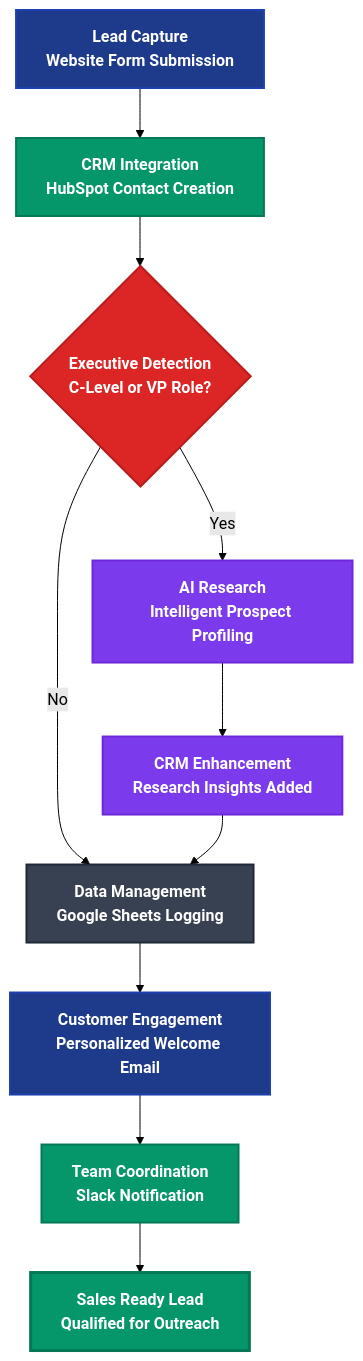
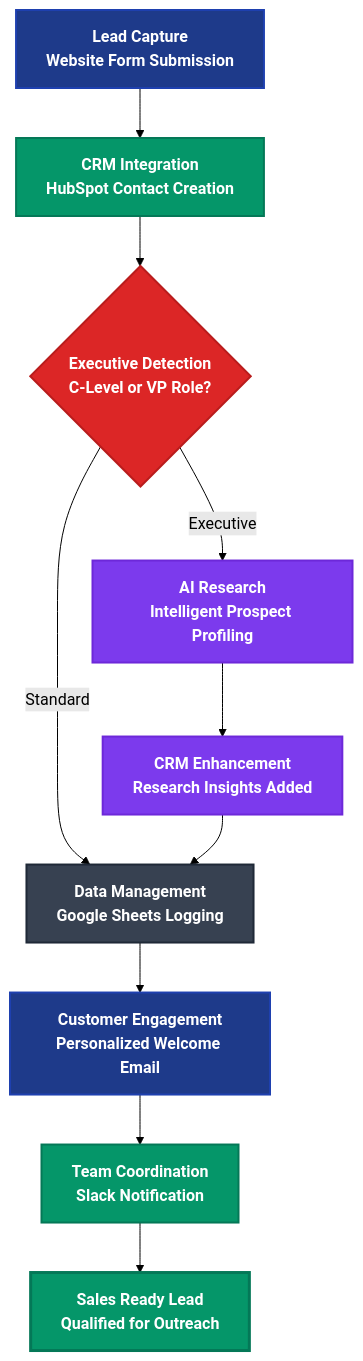
Before and after one commit to aloma-io/aloma-io: the diagram in docs/admin/vivian.md, drawn with Mermaid (forest theme).

````diff
--- a/docs/admin/vivian.md
+++ b/docs/admin/vivian.md
@@ -7,31 +7,31 @@
 ```mermaid
 flowchart TD
     A[Lead Capture<br/>Website Form Submission] --> B[CRM Integration<br/>HubSpot Contact Creation]
     
     B --> C{Executive Detection<br/>C-Level or VP Role?}
     
-    C -->|"Yes"| D[AI Research<br/>Intelligent Prospect Profiling]
-    C -->|"No"| E[Data Management<br/>Google Sheets Logging]
+    C -->|Executive| D[AI Research<br/>Intelligent Prospect Profiling]
+    C -->|Standard| E[Data Management<br/>Google Sheets Logging]
     
     D --> F[CRM Enhancement<br/>Research Insights Added]
     F --> E
     
     E --> G[Customer Engagement<br/>Personalized Welcome Email]
     G --> H[Team Coordination<br/>Slack Notification]
     H --> I[Sales Ready Lead<br/>Qualified for Outreach]
     
     %% Professional styling
     classDef primary fill:#1E3A8A,stroke:#1E40AF,stroke-width:2px,color:#fff,font-weight:600
     classDef success fill:#059669,stroke:#047857,stroke-width:2px,color:#fff,font-weight:600
     classDef decision fill:#DC2626,stroke:#B91C1C,stroke-width:2px,color:#fff,font-weight:600
     classDef ai fill:#7C3AED,stroke:#6D28D9,stroke-width:2px,color:#fff,font-weight:600
     classDef neutral fill:#374151,stroke:#1F2937,stroke-width:2px,color:#fff,font-weight:600
     classDef final fill:#059669,stroke:#047857,stroke-width:3px,color:#fff,font-weight:700
     
     class A,G primary
     class B,H success
     class C decision
     class D,F ai
     class E neutral
     class I final
 ```
````
